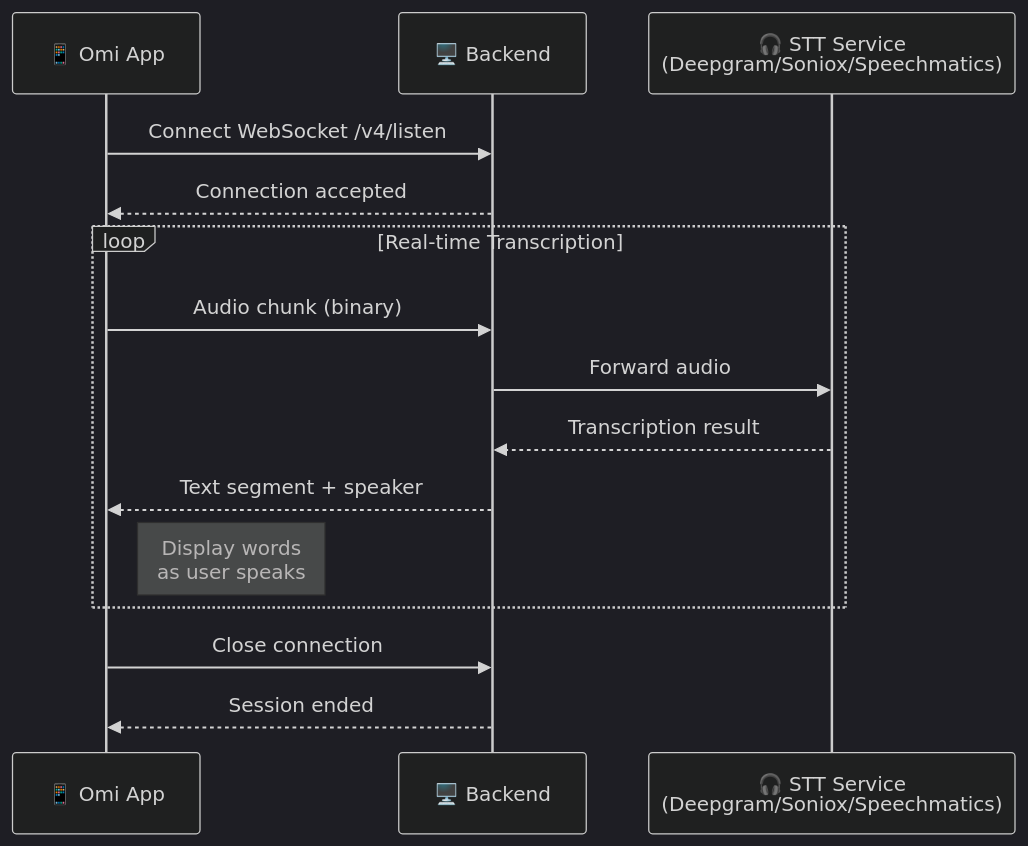
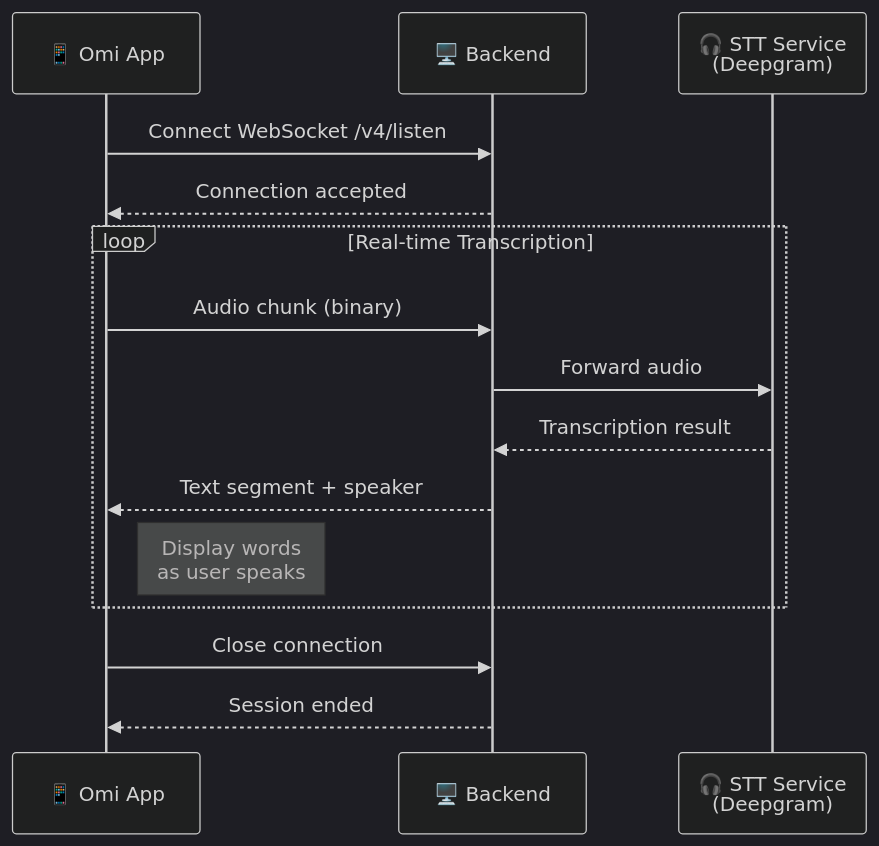
One commit to DG303/omi changed the third of 4 diagrams in docs/doc/developer/backend/backend_deepdive.mdx. Above: the diagram before and after it, drawn with Mermaid (dark theme). The commit also changed other lines of this file, not shown here.

First line of the commit message:
docs(stt): update backend deepdive to reflect Deepgram-only STT

````diff
--- a/docs/doc/developer/backend/backend_deepdive.mdx
+++ b/docs/doc/developer/backend/backend_deepdive.mdx
@@ -429,20 +423,20 @@
 ```mermaid
 sequenceDiagram
     participant App as 📱 Omi App
     participant Backend as 🖥️ Backend
-    participant STT as 🎧 STT Service<br/>(Deepgram/Soniox/Speechmatics)
+    participant STT as 🎧 STT Service<br/>(Deepgram)
 
     App->>Backend: Connect WebSocket /v4/listen
     Backend-->>App: Connection accepted
 
     loop Real-time Transcription
         App->>Backend: Audio chunk (binary)
         Backend->>STT: Forward audio
         STT-->>Backend: Transcription result
         Backend-->>App: Text segment + speaker
         Note right of App: Display words<br/>as user speaks
     end
 
     App->>Backend: Close connection
     Backend-->>App: Session ended
 ```
````
